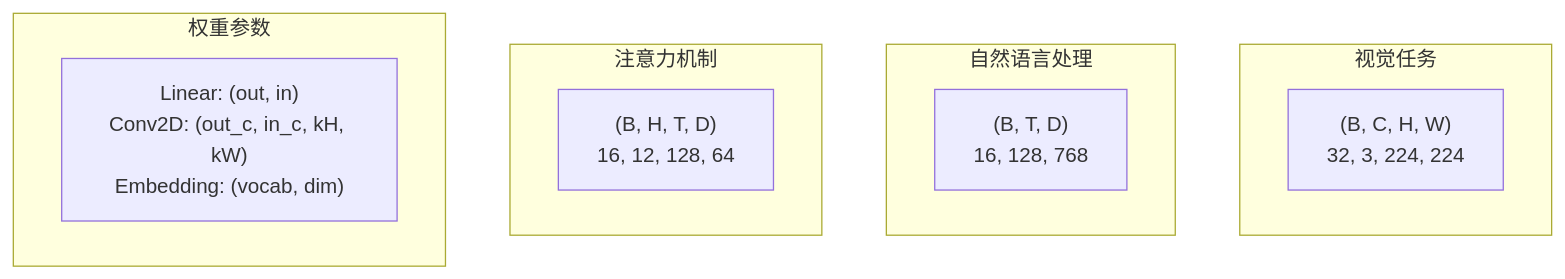
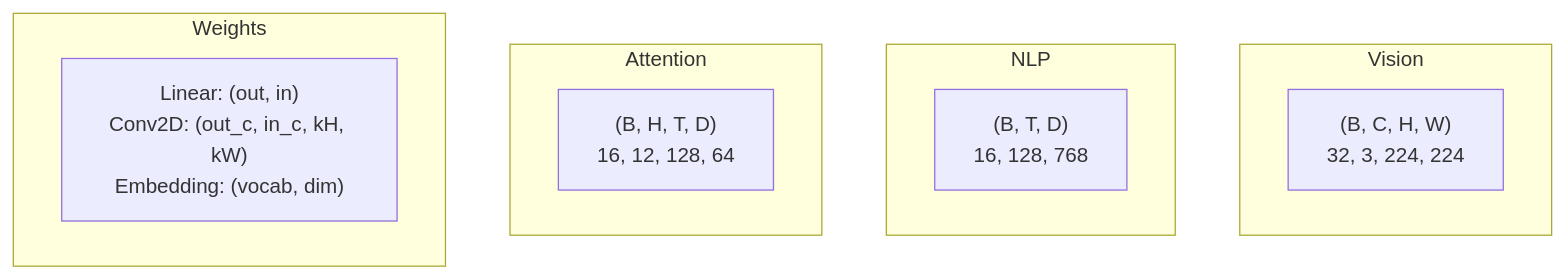
One commit to xiaojiaenen/ai-engineering-from-scratch-zh changed the second of 4 diagrams in i18n/zh/phases/01-math-foundations/12-tensor-operations/docs/zh.md. Above: the diagram before and after it, drawn with Mermaid. The commit also changed other lines of this file and 22 other files, not shown here.

````diff
--- a/i18n/zh/phases/01-math-foundations/12-tensor-operations/docs/zh.md
+++ b/i18n/zh/phases/01-math-foundations/12-tensor-operations/docs/zh.md
@@ -45,15 +45,15 @@
 ```mermaid
 graph TD
-    subgraph 视觉任务
+    subgraph Vision
         V1["(B, C, H, W)<br/>32, 3, 224, 224"]
     end
-    subgraph 自然语言处理
+    subgraph NLP
         N1["(B, T, D)<br/>16, 128, 768"]
     end
-    subgraph 注意力机制
+    subgraph Attention
         A1["(B, H, T, D)<br/>16, 12, 128, 64"]
     end
-    subgraph 权重参数
+    subgraph Weights
         W1["Linear: (out, in)<br/>Conv2D: (out_c, in_c, kH, kW)<br/>Embedding: (vocab, dim)"]
     end
 ```
````
